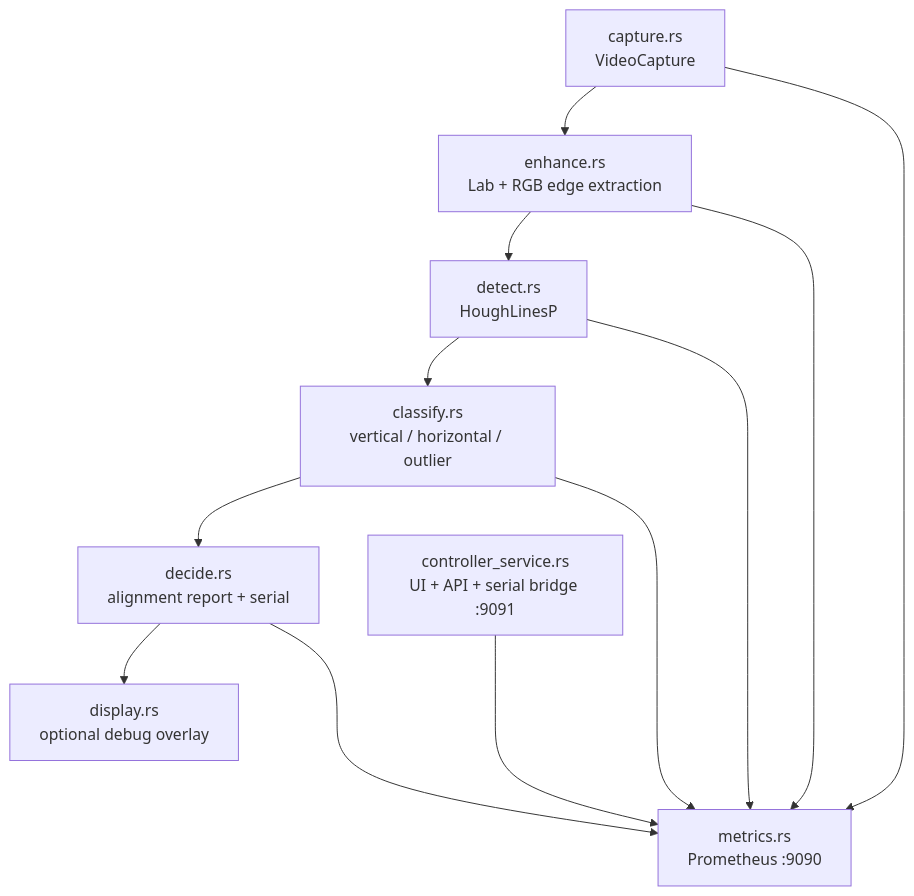
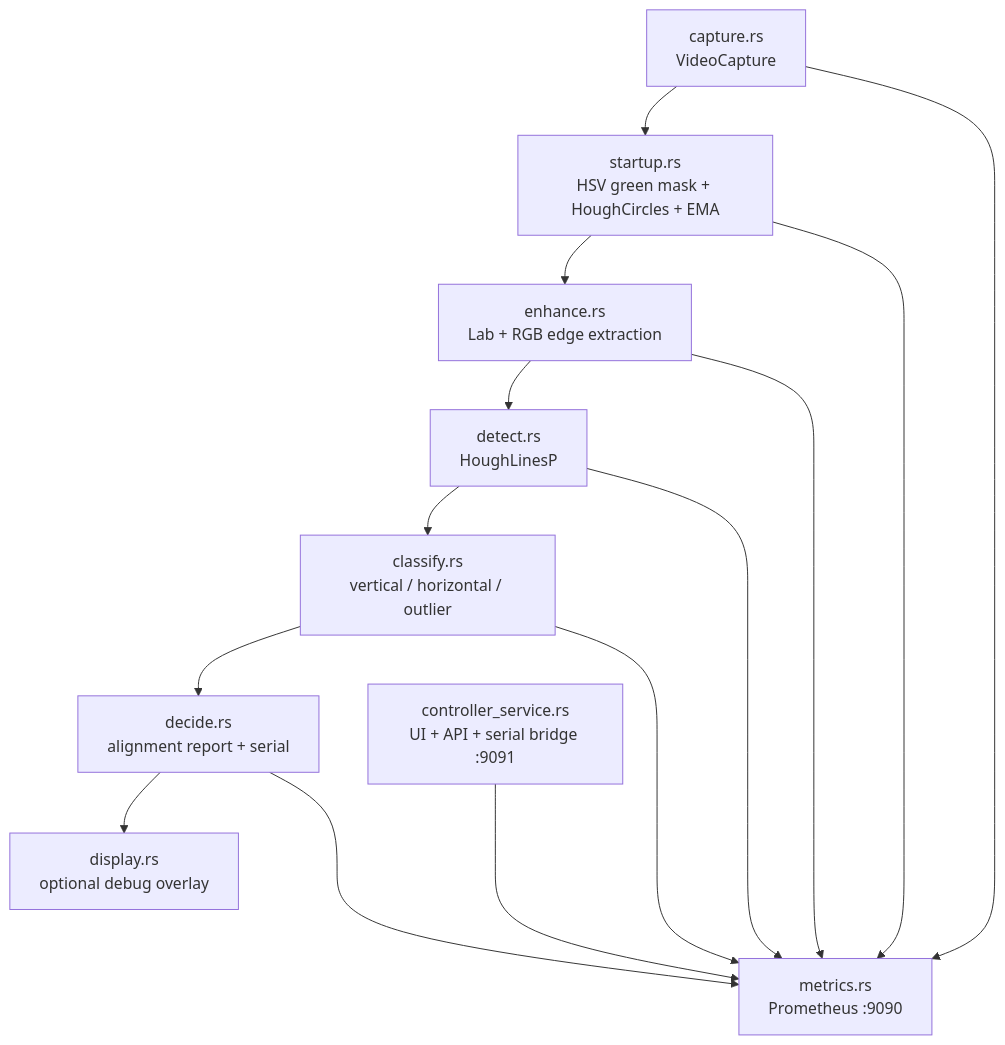
One commit to Spooky-Firefox/e7020e_roof_measuremnts changed the diagram in HOW_IT_WORKS.md. Above: the diagram before and after it, drawn with Mermaid. The commit also changed other lines of this file and 10 other files, not shown here.

````diff
--- a/HOW_IT_WORKS.md
+++ b/HOW_IT_WORKS.md
@@ -11,19 +11,21 @@
 ```mermaid
 flowchart TB
     cap["capture.rs\nVideoCapture"]
+    start["startup.rs\nHSV green mask + HoughCircles + EMA"]
     enh["enhance.rs\nLab + RGB edge extraction"]
     det["detect.rs\nHoughLinesP"]
     cls["classify.rs\nvertical / horizontal / outlier"]
     dec["decide.rs\nalignment report + serial"]
     dsp["display.rs\noptional debug overlay"]
     ctl["controller_service.rs\nUI + API + serial bridge :9091"]
     met["metrics.rs\nPrometheus :9090"]
 
-    cap --> enh --> det --> cls --> dec --> dsp
+    cap --> start --> enh --> det --> cls --> dec --> dsp
     cap ---> met
+    start ---> met
     enh ---> met
     det ---> met
     cls ---> met
     dec ---> met
     ctl ---> met
 ```
````
